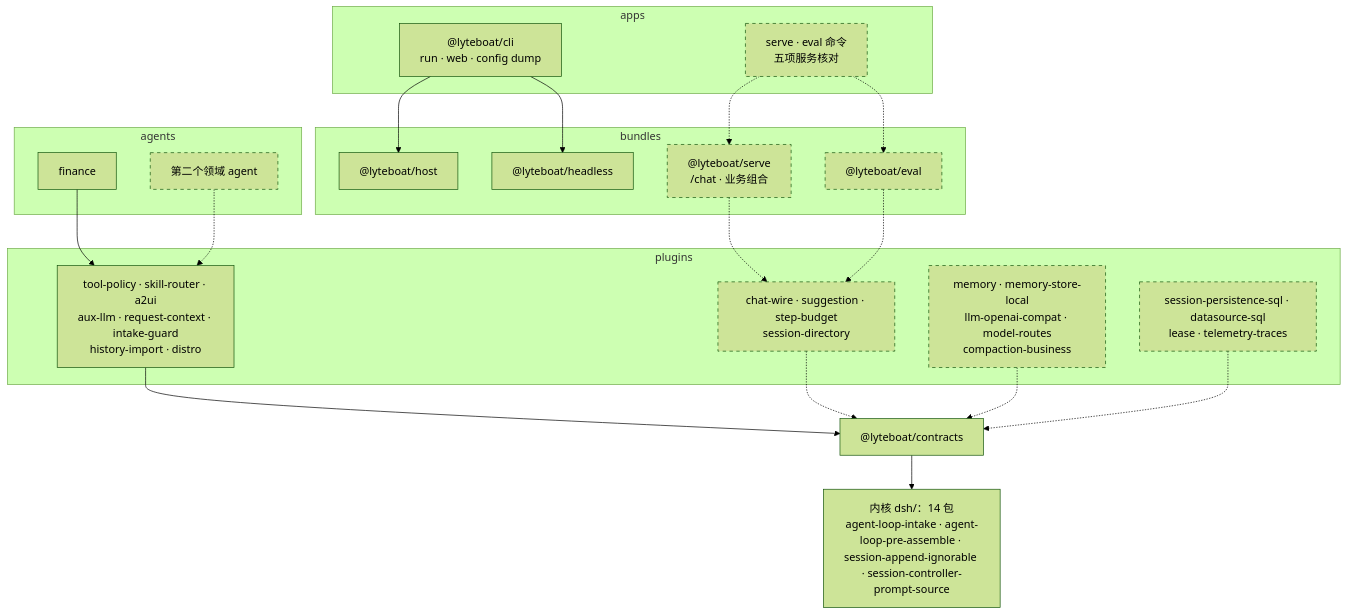
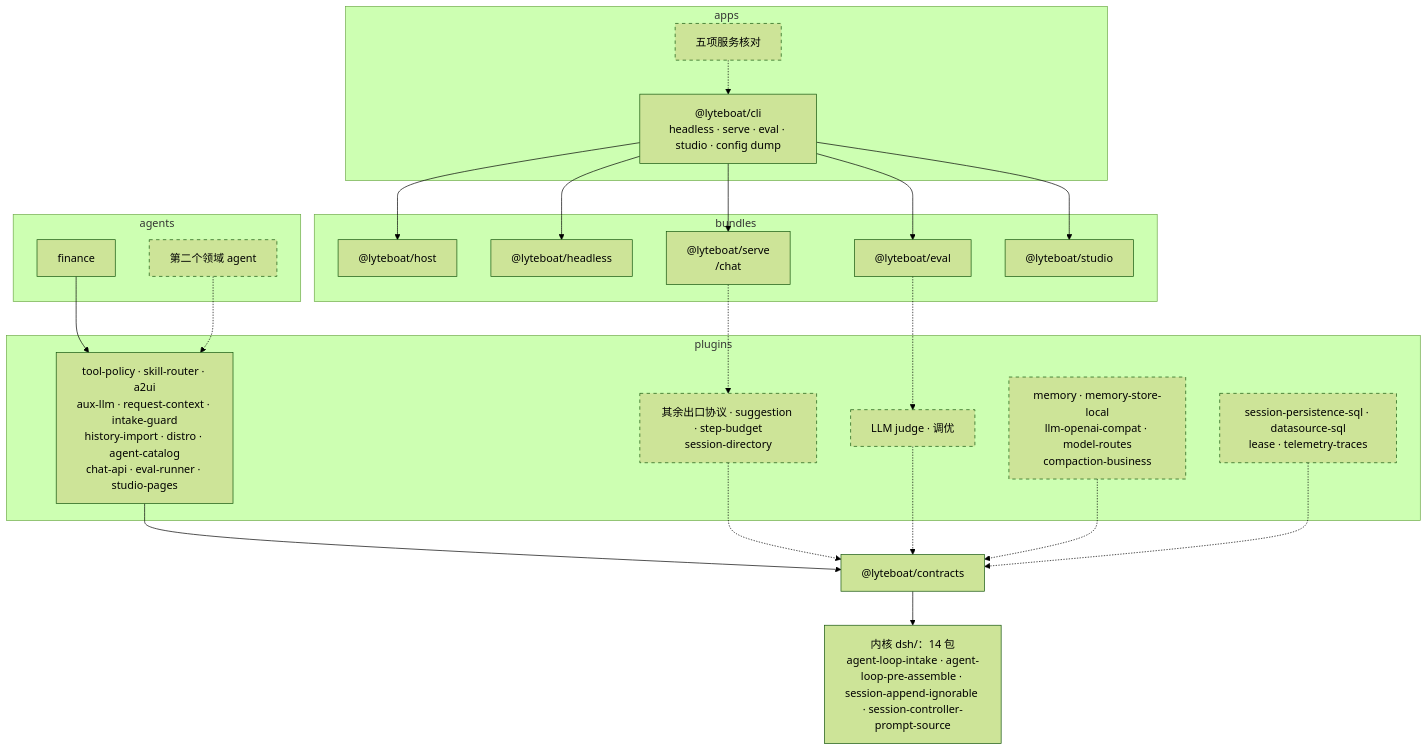
Before and after one commit to lyteboat/boat: the second of 3 diagrams in docs/04-reference-alignment.md, drawn with Mermaid (forest theme). The commit also changed other lines of this file, not shown here.

````diff
--- a/docs/04-reference-alignment.md
+++ b/docs/04-reference-alignment.md
@@ -712,40 +720,45 @@
 ```mermaid
 flowchart TB
   subgraph APPS["apps"]
-    CLI["@lyteboat/cli<br/>run · web · config dump"]
-    CLIN["serve · eval 命令<br/>五项服务核对"]
+    CLI["@lyteboat/cli<br/>headless · serve · eval · studio · config dump"]
+    CLIN["五项服务核对"]
   end
   subgraph BUNDLES["bundles"]
     HOST["@lyteboat/host"]
     RUN["@lyteboat/headless"]
-    SERVE["@lyteboat/serve<br/>/chat · 业务组合"]
+    SERVE["@lyteboat/serve<br/>/chat"]
     EVAL["@lyteboat/eval"]
+    STUDIO["@lyteboat/studio"]
   end
   subgraph AGENTS["agents"]
     FIN["finance"]
     AG2["第二个领域 agent"]
   end
   subgraph PLUGINS["plugins"]
-    HAVE["tool-policy · skill-router · a2ui<br/>aux-llm · request-context · intake-guard<br/>history-import · distro"]
-    WIRE["chat-wire · suggestion · step-budget<br/>session-directory"]
+    HAVE["tool-policy · skill-router · a2ui<br/>aux-llm · request-context · intake-guard<br/>history-import · distro · agent-catalog<br/>chat-api · eval-runner · studio-pages"]
+    WIRE["其余出口协议 · suggestion · step-budget<br/>session-directory"]
+    JUDGE["LLM judge · 调优"]
     MEM["memory · memory-store-local<br/>llm-openai-compat · model-routes<br/>compaction-business"]
     MULTI["session-persistence-sql · datasource-sql<br/>lease · telemetry-traces"]
   end
   CT["@lyteboat/contracts"]
   K["内核 dsh/：14 包<br/>agent-loop-intake · agent-loop-pre-assemble · session-append-ignorable · session-controller-prompt-source"]
   CLI --> HOST
   CLI --> RUN
-  CLIN -.-> SERVE
-  CLIN -.-> EVAL
+  CLI --> SERVE
+  CLI --> EVAL
+  CLI --> STUDIO
+  CLIN -.-> CLI
   SERVE -.-> WIRE
-  EVAL -.-> WIRE
+  EVAL -.-> JUDGE
   FIN --> HAVE
   AG2 -.-> HAVE
   HAVE --> CT
   WIRE -.-> CT
+  JUDGE -.-> CT
   MEM -.-> CT
   MULTI -.-> CT
   CT --> K
   classDef planned stroke-dasharray: 5 5
-  class CLIN,SERVE,EVAL,AG2,WIRE,MEM,MULTI planned
+  class CLIN,AG2,WIRE,JUDGE,MEM,MULTI planned
 ```
````
